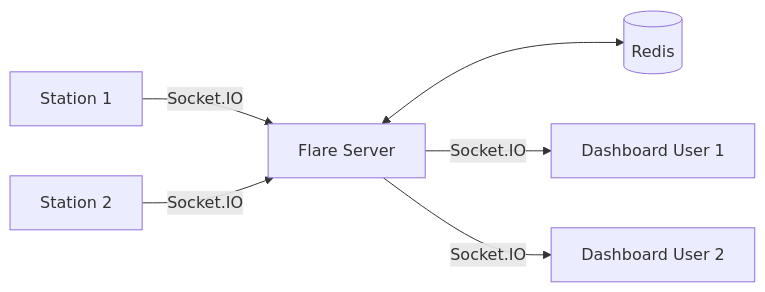
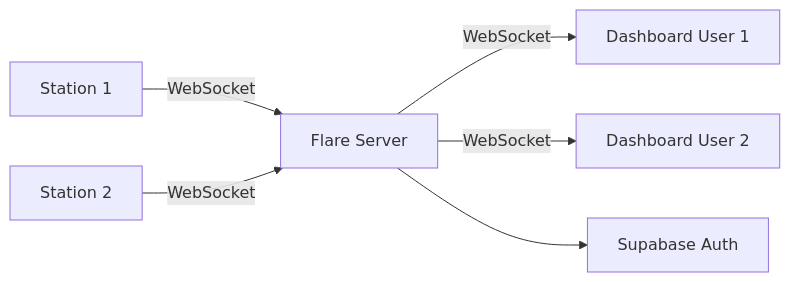
The diagram in wiki/Flare-Overview.md (covenant-org/argus-one), drawn with Mermaid before and after one commit. The commit also changed other lines of this file and 8 other files, not shown here.

````diff
--- a/wiki/Flare-Overview.md
+++ b/wiki/Flare-Overview.md
@@ -7,8 +7,8 @@
 ```mermaid
 flowchart LR
-    S1[Station 1] -->|Socket.IO| FL[Flare Server]
-    S2[Station 2] -->|Socket.IO| FL
-    FL <--> R[(Redis)]
-    FL -->|Socket.IO| G1[Dashboard User 1]
-    FL -->|Socket.IO| G2[Dashboard User 2]
+    S1[Station 1] -->|WebSocket| FL[Flare Server]
+    S2[Station 2] -->|WebSocket| FL
+    FL -->|WebSocket| G1[Dashboard User 1]
+    FL -->|WebSocket| G2[Dashboard User 2]
+    FL --> SB[Supabase Auth]
 ```
````
